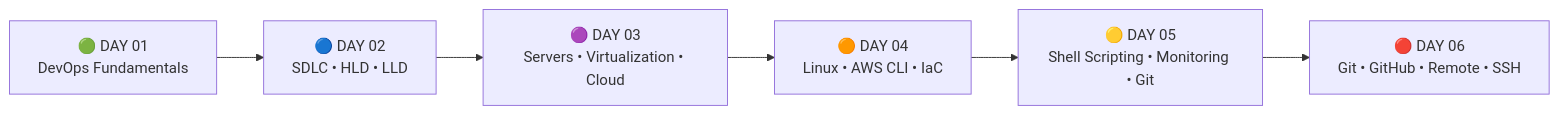
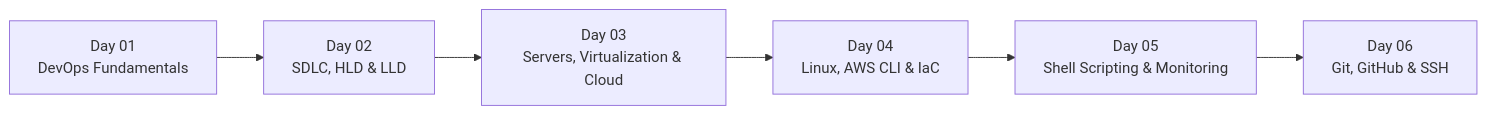
Before and after one commit to Yuvii2102/My-Devops-Cloud-Journey: the first of 31 diagrams in DevOps-Labs-and-Projects/ Day-01 to Day-06/README.md, drawn with Mermaid. The commit also changed other lines of this file, not shown here.

First line of the commit message:
Improved my DevOps learning notes (Day 01–06)

````diff
--- a/DevOps-Labs-and-Projects/ Day-01 to Day-06/README.md
+++ b/DevOps-Labs-and-Projects/ Day-01 to Day-06/README.md
@@ -25,11 +11,11 @@
 ```mermaid
 flowchart LR
-    D1["🟢 DAY 01<br/>DevOps Fundamentals"]
-    D2["🔵 DAY 02<br/>SDLC • HLD • LLD"]
-    D3["🟣 DAY 03<br/>Servers • Virtualization • Cloud"]
-    D4["🟠 DAY 04<br/>Linux • AWS CLI • IaC"]
-    D5["🟡 DAY 05<br/>Shell Scripting • Monitoring • Git"]
-    D6["🔴 DAY 06<br/>Git • GitHub • Remote • SSH"]
+    D1["Day 01<br/>DevOps Fundamentals"]
+    D2["Day 02<br/>SDLC, HLD & LLD"]
+    D3["Day 03<br/>Servers, Virtualization & Cloud"]
+    D4["Day 04<br/>Linux, AWS CLI & IaC"]
+    D5["Day 05<br/>Shell Scripting & Monitoring"]
+    D6["Day 06<br/>Git, GitHub & SSH"]
 
     D1 --> D2 --> D3 --> D4 --> D5 --> D6
 ```
````
